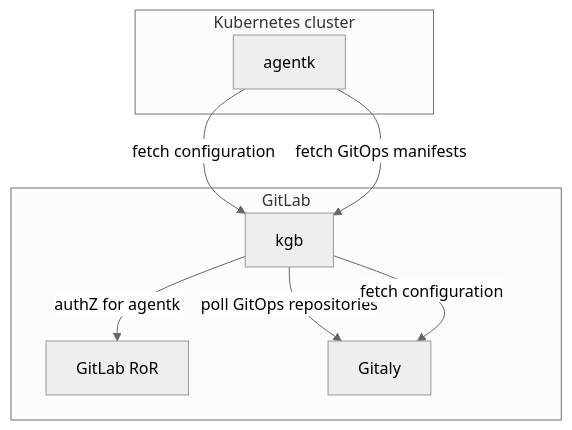
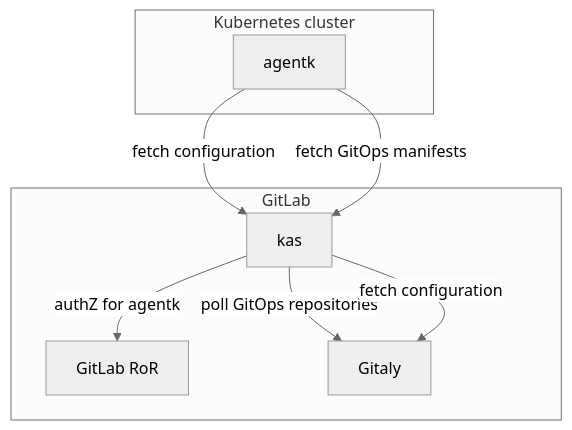
The second of 2 diagrams in doc/gitops.md (abaer123/gitlab-agent), drawn with Mermaid (neutral theme) before and after one commit. The commit also changed other lines of this file and 20 other files, not shown here.

First line of the commit message:
Rename kgb into kas

````diff
--- a/doc/gitops.md
+++ b/doc/gitops.md
@@ -45,18 +45,18 @@
 ```mermaid
 graph TB
-  agentk -- fetch configuration --> kgb
-  agentk -- fetch GitOps manifests --> kgb
+  agentk -- fetch configuration --> kas
+  agentk -- fetch GitOps manifests --> kas
 
   subgraph "GitLab"
-  kgb[kgb]
+  kas[kas]
   GitLabRoR[GitLab RoR]
   Gitaly[Gitaly]
-  kgb -- poll GitOps repositories --> Gitaly
-  kgb -- authZ for agentk --> GitLabRoR
-  kgb -- fetch configuration --> Gitaly
+  kas -- poll GitOps repositories --> Gitaly
+  kas -- authZ for agentk --> GitLabRoR
+  kas -- fetch configuration --> Gitaly
   end
 
   subgraph "Kubernetes cluster"
   agentk[agentk]
   end
 ```
````
